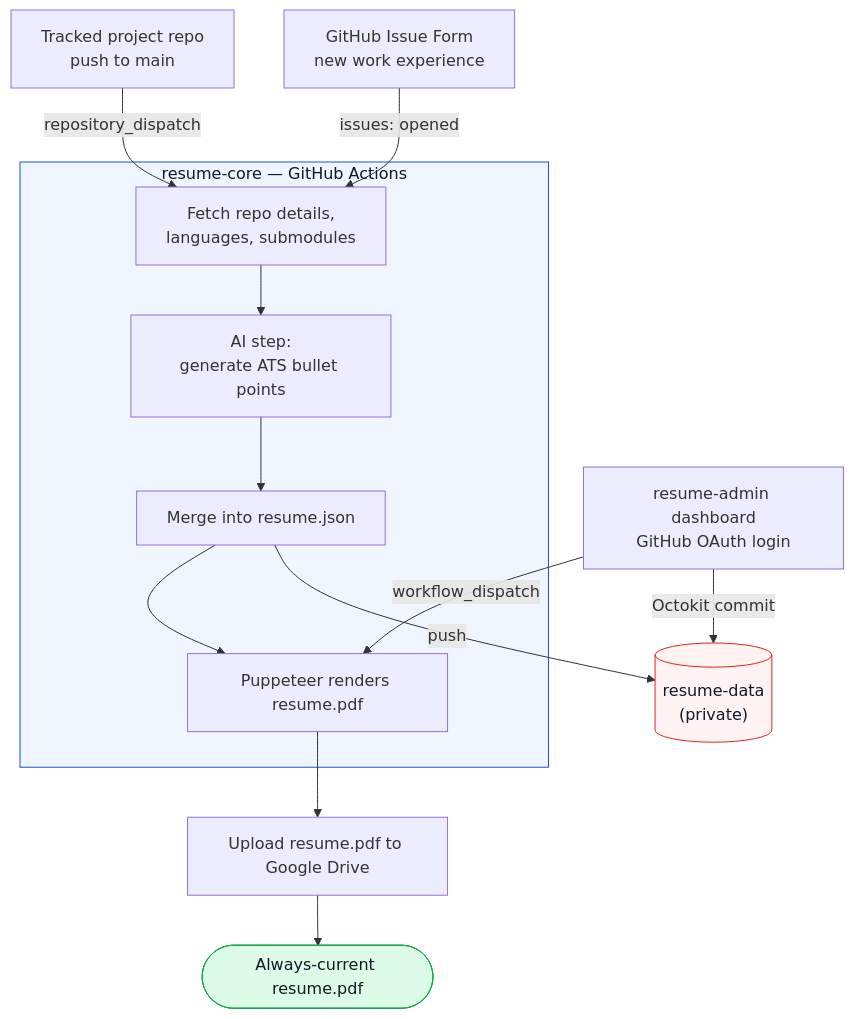
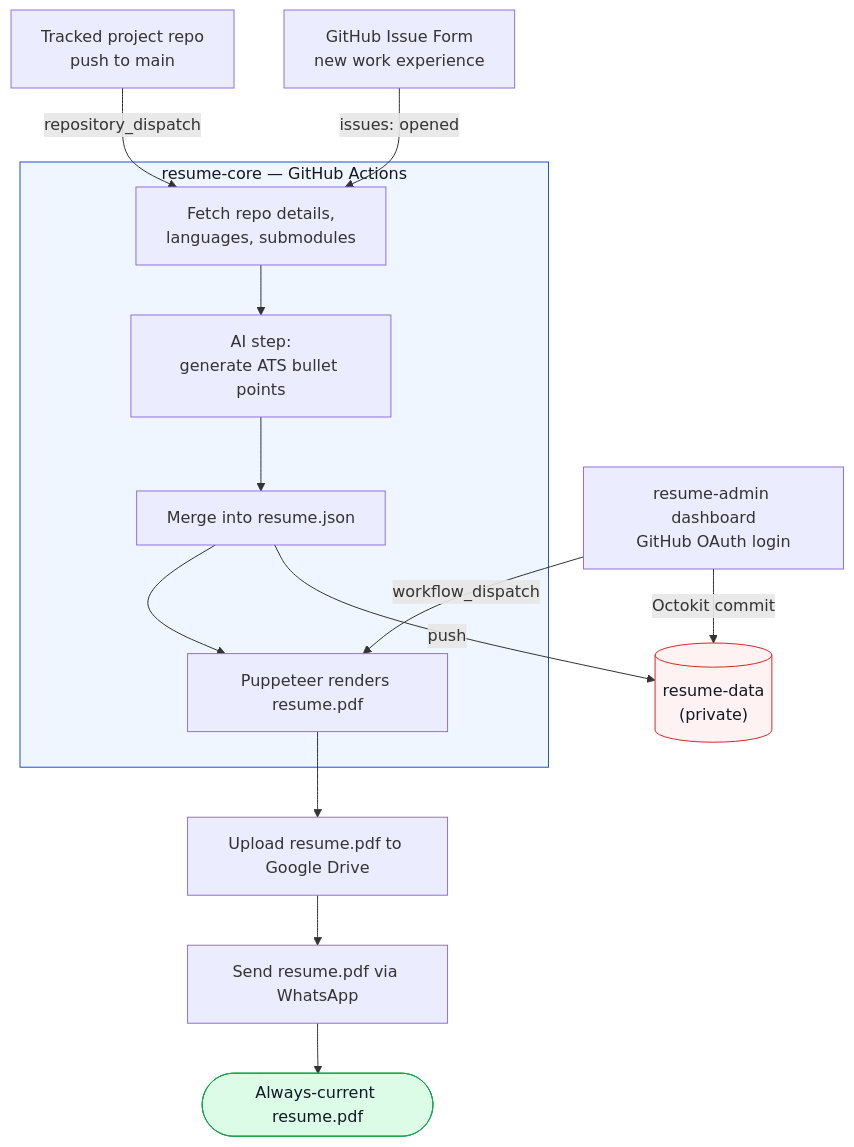
Before and after one commit to ChamathDilshanC/DevResume-Automation-Pipeline: the diagram in README.md, drawn with Mermaid. The commit also changed 2 other files, not shown here.

Commit message:
feat: send resume.pdf via WhatsApp; fix PDF section page breaks
Bumps resume-core submodule and updates docs/diagrams to match: resume
sections no longer split mid-list across a page break, and every pipeline
run now sends resume.pdf as a WhatsApp document alongside the Drive upload.

````diff
--- a/README.md
+++ b/README.md
@@ -40,22 +40,23 @@
 ```mermaid
 flowchart TD
     A["Tracked project repo<br/>push to main"] -->|repository_dispatch| E
     B["GitHub Issue Form<br/>new work experience"] -->|issues: opened| E
     C["resume-admin dashboard<br/>GitHub OAuth login"] -->|Octokit commit| DATA
     C -->|workflow_dispatch| F
 
     subgraph CORE["resume-core — GitHub Actions"]
         E["Fetch repo details,<br/>languages, submodules"] --> AI["AI step:<br/>generate ATS bullet points"]
         AI --> M["Merge into resume.json"]
         M --> F["Puppeteer renders resume.pdf"]
     end
 
     M -->|push| DATA[("resume-data<br/>(private)")]
     F --> G["Upload resume.pdf to Google Drive"]
-    G --> H(["Always-current resume.pdf"])
+    G --> W["Send resume.pdf via WhatsApp"]
+    W --> H(["Always-current resume.pdf"])
 
     style DATA fill:#fef2f2,stroke:#dc2626,color:#111827
 
     style CORE fill:#eff6ff,stroke:#1d4ed8,color:#111827
     style H fill:#dcfce7,stroke:#16a34a,color:#111827
 ```
````
